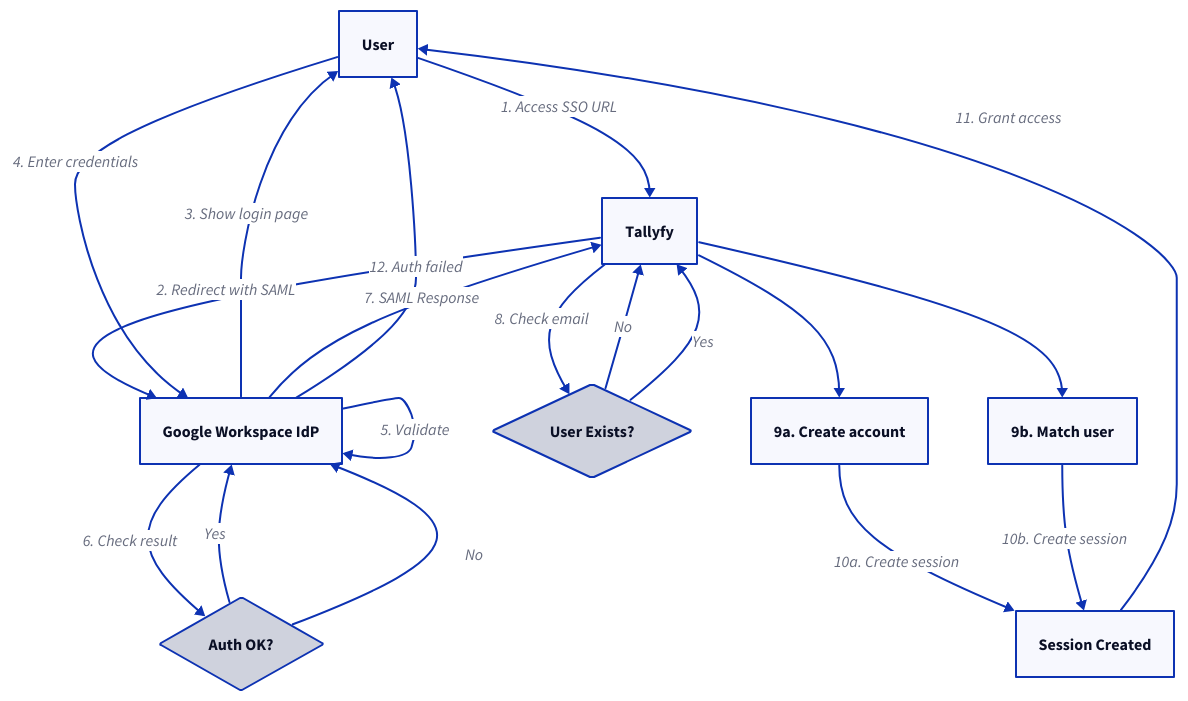
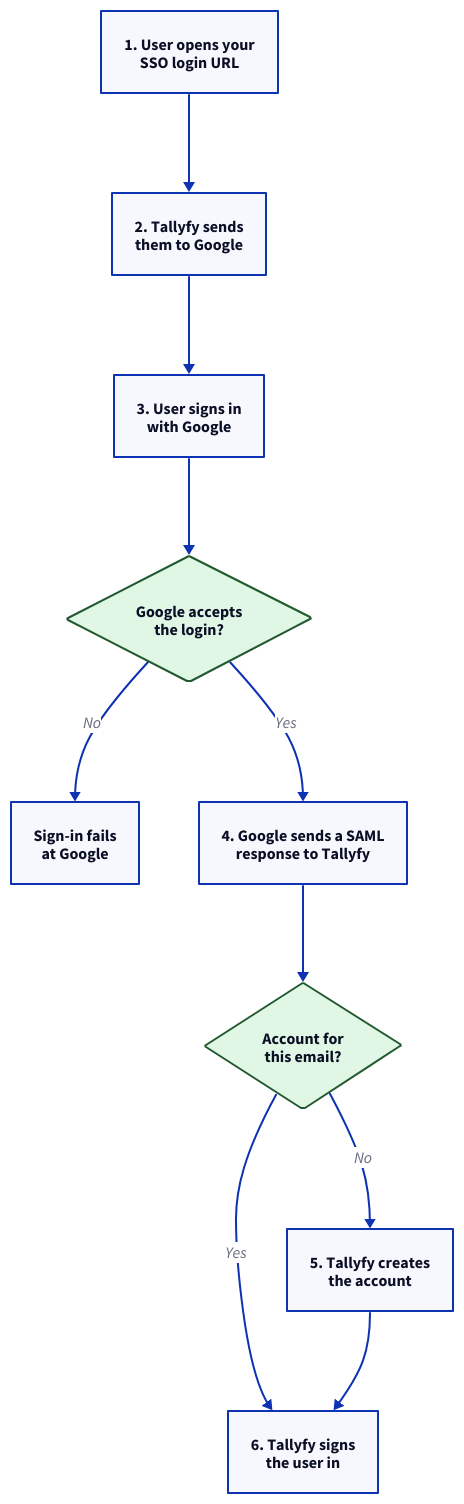
The diagram in src/content/docs/pro/integrations/authentication/how-to-integrate-google-suite-samlsso-with-tallyfy.mdx (tallyfy/documentation), drawn with D2 before and after one commit. The commit also changed other lines of this file and 14 other files, not shown here.

First line of the commit message:
Redraw 15 diagrams and remove 1 so their text reads at full size

````diff
--- a/src/content/docs/pro/integrations/authentication/how-to-integrate-google-suite-samlsso-with-tallyfy.mdx
+++ b/src/content/docs/pro/integrations/authentication/how-to-integrate-google-suite-samlsso-with-tallyfy.mdx
@@ -135,50 +135,30 @@
 ```d2
-User: User
-Tallyfy: Tallyfy
-Google: Google Workspace IdP
+# Google Workspace SSO sign-in flow
+direction: down
 
-# Authentication Flow
-User -> Tallyfy: 1. Access SSO URL
-Tallyfy -> Google: 2. Redirect with SAML
-Google -> User: 3. Show login page
-User -> Google: 4. Enter credentials
-Google -> Google: 5. Validate
+Open: "1. User opens your\nSSO login URL"
+Redirect: "2. Tallyfy sends\nthem to Google"
+Login: "3. User signs in\nwith Google"
+OK: "Google accepts\nthe login?" {
+  shape: diamond
+  style.fill: "#e1f7e6"
+  style.stroke: "#225930"
+}
+Fail: "Sign-in fails\nat Google"
+Back: "4. Google sends a SAML\nresponse to Tallyfy"
+Exists: "Account for\nthis email?" {
+  shape: diamond
+  style.fill: "#e1f7e6"
+  style.stroke: "#225930"
+}
+Create: "5. Tallyfy creates\nthe account"
+SignIn: "6. Tallyfy signs\nthe user in"
 
-# Decision point for authentication success
-AuthCheck: Auth OK? {
-  shape: diamond
-}
-
-Google -> AuthCheck: 6. Check result
-
-# Success path
-AuthCheck -> Google: Yes
-Google -> Tallyfy: 7. SAML Response
-
-# User provisioning check
-UserCheck: User Exists? {
-  shape: diamond
-}
-
-Tallyfy -> UserCheck: 8. Check email
-
-# New user provisioning
-UserCheck -> Tallyfy: No
-NewUser: 9a. Create account
-Tallyfy -> NewUser
-NewUser -> Session: 10a. Create session
-
-# Existing user path
-UserCheck -> Tallyfy: Yes
-ExistingUser: 9b. Match user
-Tallyfy -> ExistingUser
-ExistingUser -> Session: 10b. Create session
-
-# Grant access
-Session: Session Created
-Session -> User: 11. Grant access
-
-# Failure path
-AuthCheck -> Google: No
-Google -> User: 12. Auth failed
+Open -> Redirect -> Login -> OK
+OK -> Fail: No
+OK -> Back: Yes
+Back -> Exists
+Exists -> Create: No
+Exists -> SignIn: Yes
+Create -> SignIn
 ```
````
